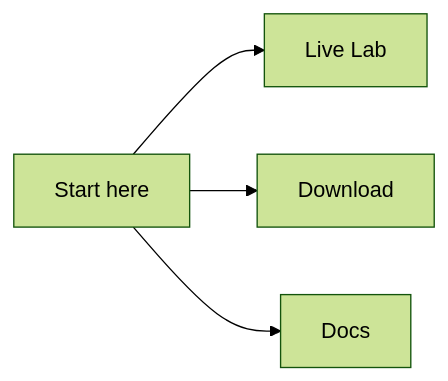
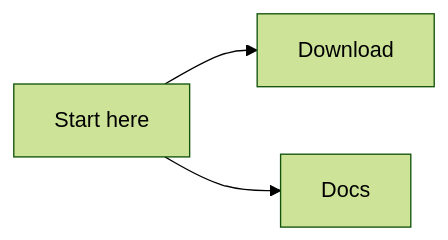
One commit to vmleon/oracle-database-private-agent-factory-poc changed the tenth of 12 diagrams in presentation/deck.md. Above: the diagram before and after it, drawn with Mermaid (forest theme). The commit also changed other lines of this file, not shown here.

````diff
--- a/presentation/deck.md
+++ b/presentation/deck.md
@@ -224,6 +223,5 @@
 ```mermaid
 flowchart LR
-    S["Start here"] --> L["Live Lab"]
-    S --> D["Download"]
+    S["Start here"] --> D["Download"]
     S --> O["Docs"]
 ```
````
